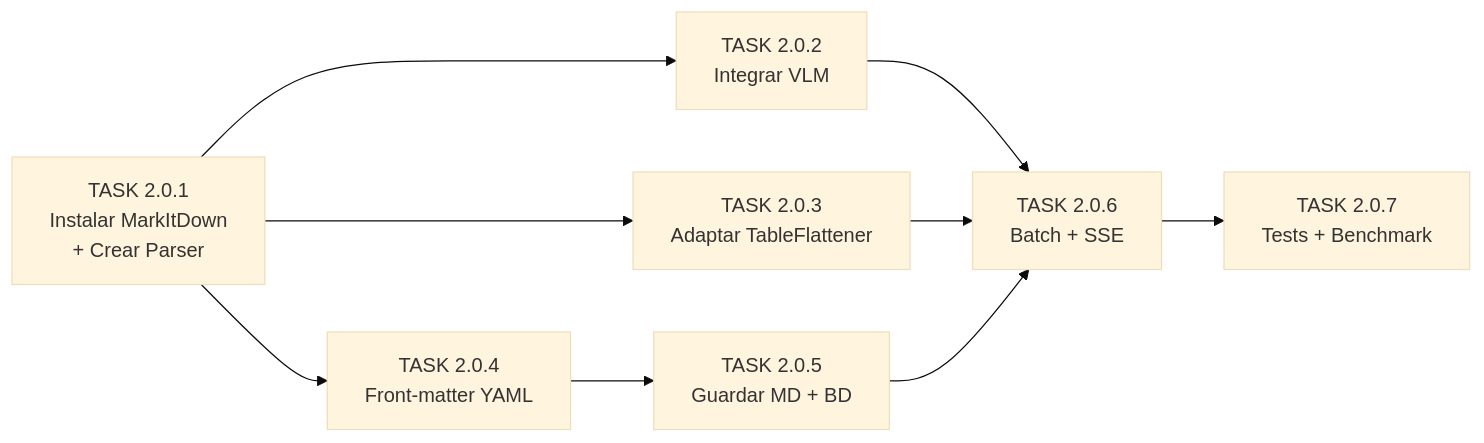
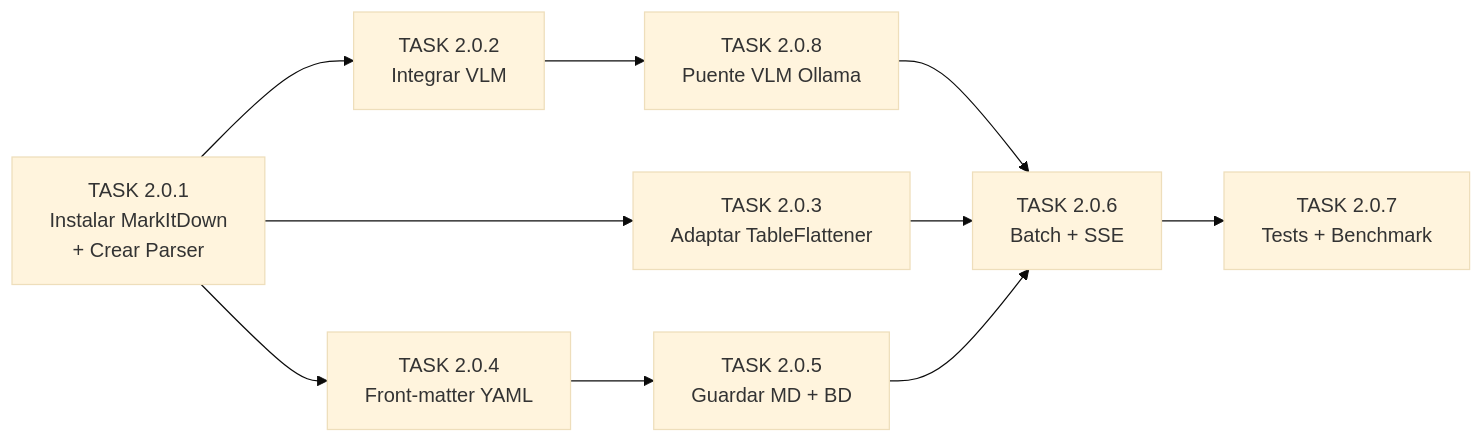
Before and after one commit to AlexPrietoRomani/AgriSearch: the diagram in docs/tareas/task_2_0.md, drawn with Mermaid (base theme). The commit also changed other lines of this file, not shown here.

Commit message:
docs: añade tarea 2.0.8 para puente multimodal local Ollama-MarkItDown

````diff
--- a/docs/tareas/task_2_0.md
+++ b/docs/tareas/task_2_0.md
@@ -1077,11 +1107,12 @@
 ```mermaid
 graph LR
     T1["TASK 2.0.1<br/>Instalar MarkItDown<br/>+ Crear Parser"] --> T2["TASK 2.0.2<br/>Integrar VLM"]
     T1 --> T3["TASK 2.0.3<br/>Adaptar TableFlattener"]
     T1 --> T4["TASK 2.0.4<br/>Front-matter YAML"]
-    T2 --> T6["TASK 2.0.6<br/>Batch + SSE"]
+    T2 --> T8["TASK 2.0.8<br/>Puente VLM Ollama"]
+    T8 --> T6["TASK 2.0.6<br/>Batch + SSE"]
     T3 --> T6
     T4 --> T5["TASK 2.0.5<br/>Guardar MD + BD"]
     T5 --> T6
     T6 --> T7["TASK 2.0.7<br/>Tests + Benchmark"]
 ```
````
